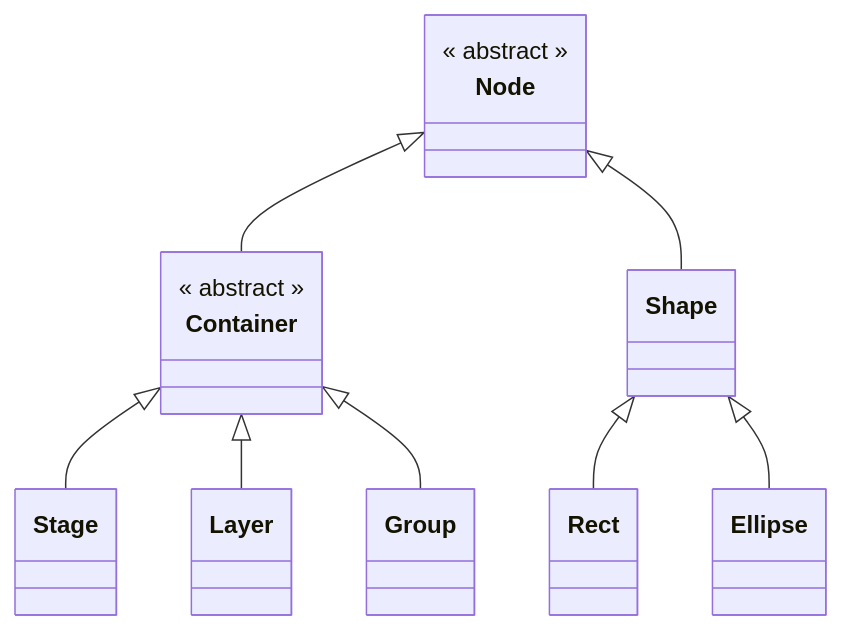
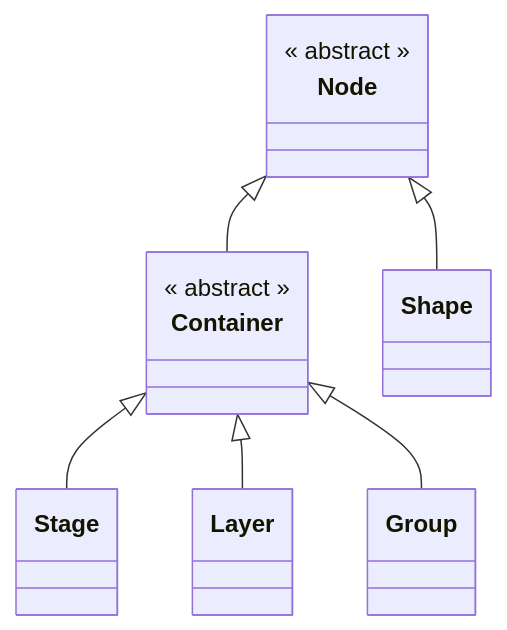
One commit to foolishflyfox/konva-docs-zh changed the diagram in docs/analysis/inheritance-diagram.md. Above: the diagram before and after it, drawn with Mermaid. The commit also changed other lines of this file and 6 other files, not shown here.

````diff
--- a/docs/analysis/inheritance-diagram.md
+++ b/docs/analysis/inheritance-diagram.md
@@ -3,44 +3,36 @@
 ```mermaid
 classDiagram
 
 class Node {
     << abstract >>
 }
 link Node "../api/node"
 
 class Container {
     << abstract >>
 }
 link Container "../api/container"
 
 class Stage {
 }
 link Stage "../api/stage"
 
 class Layer {
 }
 link Layer "../api/layer"
 
 class Group {
 }
 link Group "../api/group"
 
 class Shape {
 }
 link Shape "../api/shape"
 
-class Rect {}
-link Rect "../api/rect"
-
-class Ellipse {}
-link Ellipse "../api/ellipse"
-
 
 Node <|-- Container
 Node <|-- Shape
 Container <|-- Stage
 Container <|-- Layer
 Container <|-- Group
-Shape <|-- Rect
-Shape <|-- Ellipse
 ```
````
